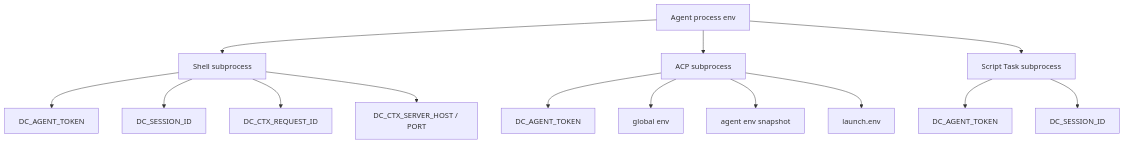
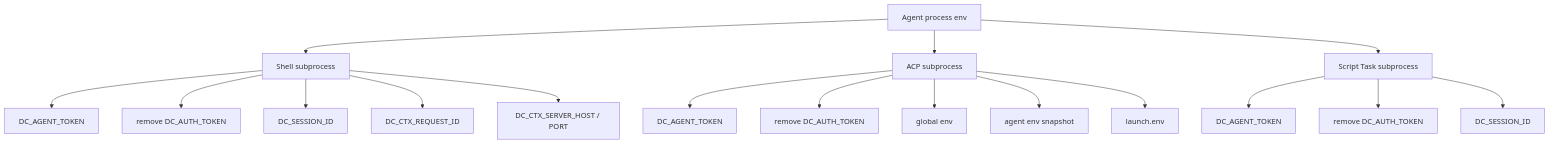
One commit to wangenius/downcity changed the fourth of 6 diagrams in homepage/content/devdocs/en/platform/auth-env-and-token-flow.mdx. Above: the diagram before and after it, drawn with Mermaid. The commit also changed other lines of this file and 10 other files, not shown here.

````diff
--- a/homepage/content/devdocs/en/platform/auth-env-and-token-flow.mdx
+++ b/homepage/content/devdocs/en/platform/auth-env-and-token-flow.mdx
@@ -215,19 +227,22 @@
 ```mermaid
 flowchart TD
   ROOT["Agent process env"] --> S1["Shell subprocess"]
   ROOT --> S2["ACP subprocess"]
   ROOT --> S3["Script Task subprocess"]
 
   S1 --> E11["DC_AGENT_TOKEN"]
+  S1 --> E15["remove DC_AUTH_TOKEN"]
   S1 --> E12["DC_SESSION_ID"]
   S1 --> E13["DC_CTX_REQUEST_ID"]
   S1 --> E14["DC_CTX_SERVER_HOST / PORT"]
 
   S2 --> E21["DC_AGENT_TOKEN"]
+  S2 --> E25["remove DC_AUTH_TOKEN"]
   S2 --> E22["global env"]
   S2 --> E23["agent env snapshot"]
   S2 --> E24["launch.env"]
 
   S3 --> E31["DC_AGENT_TOKEN"]
+  S3 --> E33["remove DC_AUTH_TOKEN"]
   S3 --> E32["DC_SESSION_ID"]
 ```
````
